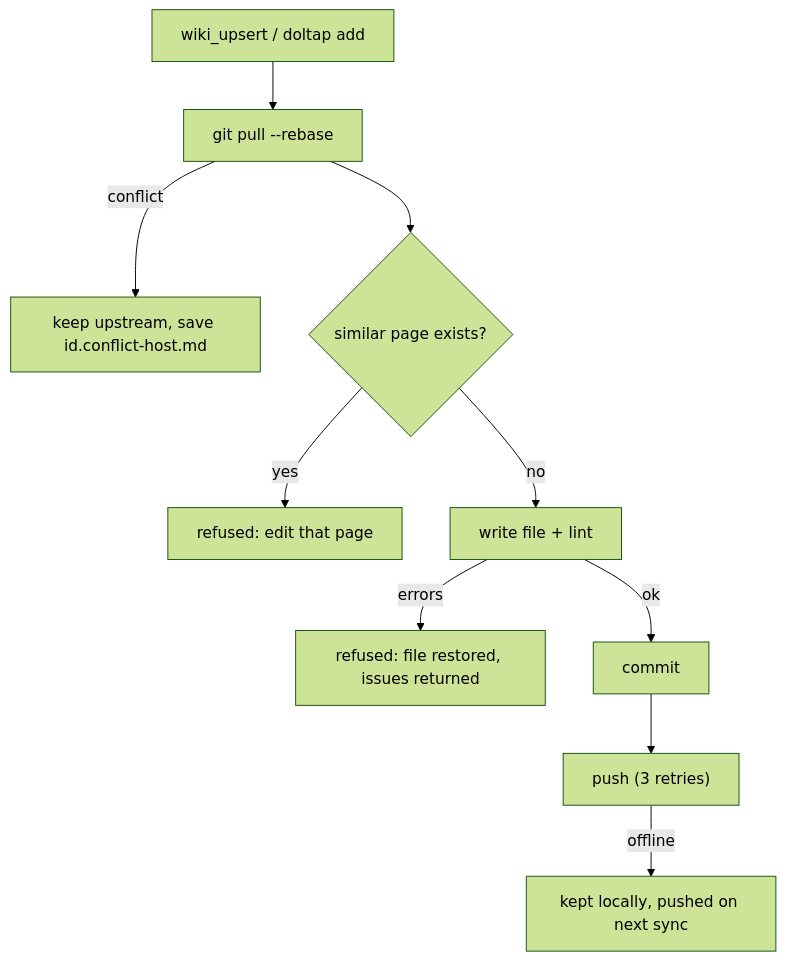
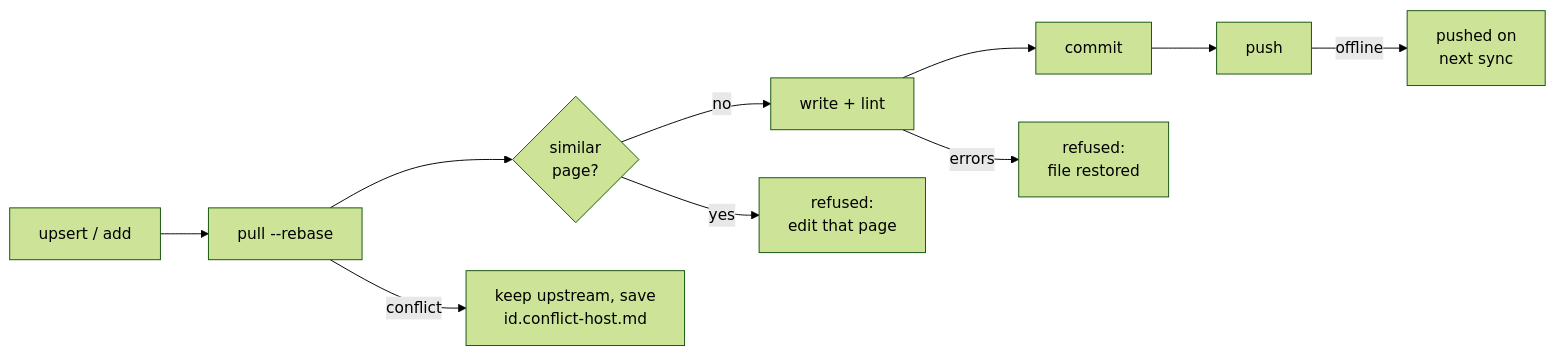
The second of 2 diagrams in README.en.md (bluekds/doltap-wiki), drawn with Mermaid (forest theme) before and after one commit. The commit also changed 1 other file, not shown here.

Commit message:
docs: compact write-path diagram

````diff
--- a/README.en.md
+++ b/README.en.md
@@ -59,11 +59,9 @@
 ```mermaid
-flowchart TB
-  W["wiki_upsert / doltap add"] --> P["git pull --rebase"]
-  P -->|"conflict"| K["keep upstream, save id.conflict-host.md"]
-  P --> D{"similar page exists?"}
-  D -->|"yes"| X["refused: edit that page"]
-  D -->|"no"| L["write file + lint"]
-  L -->|"errors"| Y["refused: file restored, issues returned"]
-  L -->|"ok"| C["commit"] --> U["push (3 retries)"]
-  U -->|"offline"| O["kept locally, pushed on next sync"]
+flowchart LR
+  W["upsert / add"] --> P["pull --rebase"] --> D{"similar<br/>page?"}
+  D -->|"no"| L["write + lint"] --> C["commit"] --> U["push"]
+  D -->|"yes"| X["refused:<br/>edit that page"]
+  L -->|"errors"| Y["refused:<br/>file restored"]
+  P -->|"conflict"| K["keep upstream, save<br/>id.conflict-host.md"]
+  U -->|"offline"| O["pushed on<br/>next sync"]
 ```
````
